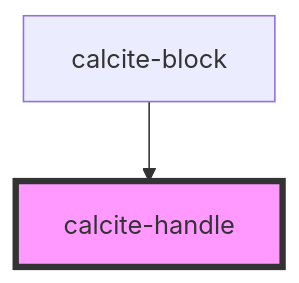
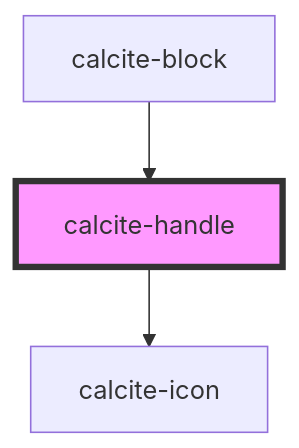
The diagram in src/components/calcite-handle/readme.md (Esri/calcite-design-system), drawn with Mermaid before and after one commit. The commit also changed other lines of this file and 27 other files, not shown here.

````diff
--- a/src/components/calcite-handle/readme.md
+++ b/src/components/calcite-handle/readme.md
@@ -33,5 +37,6 @@
 ```mermaid
 graph TD;
+  calcite-handle --> calcite-icon
   calcite-block --> calcite-handle
   style calcite-handle fill:#f9f,stroke:#333,stroke-width:4px
 ```
````
